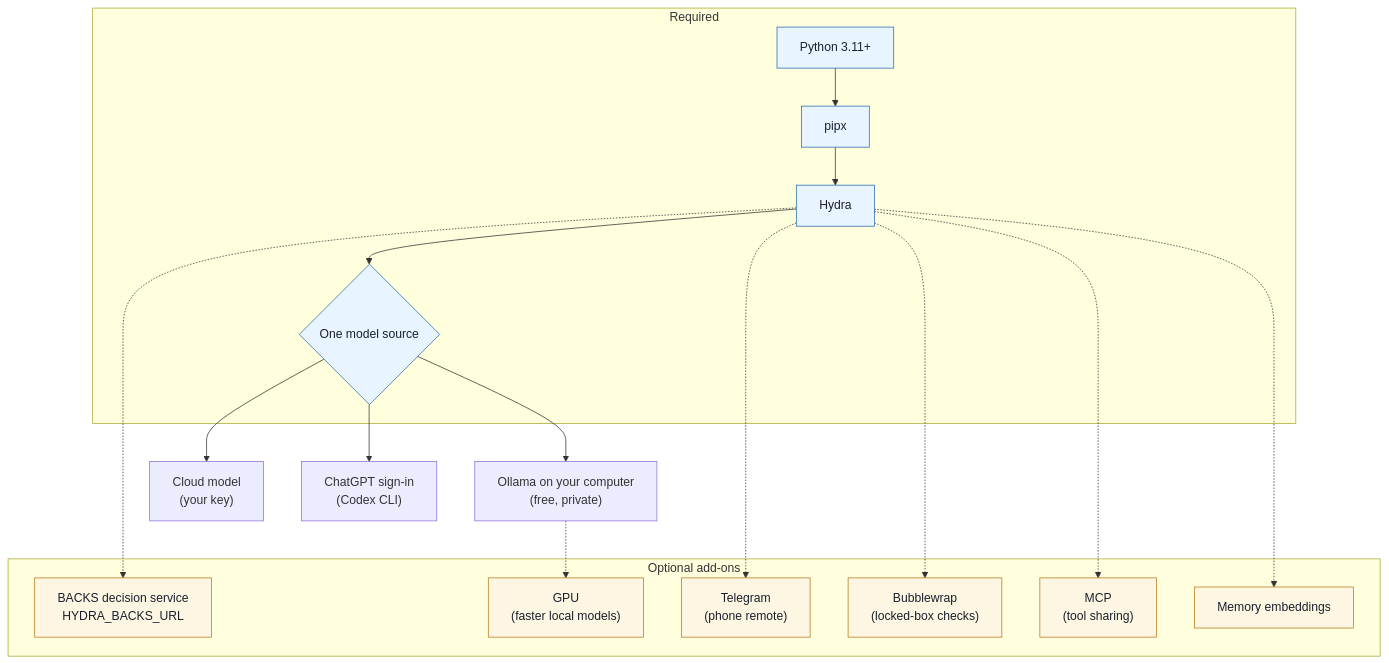
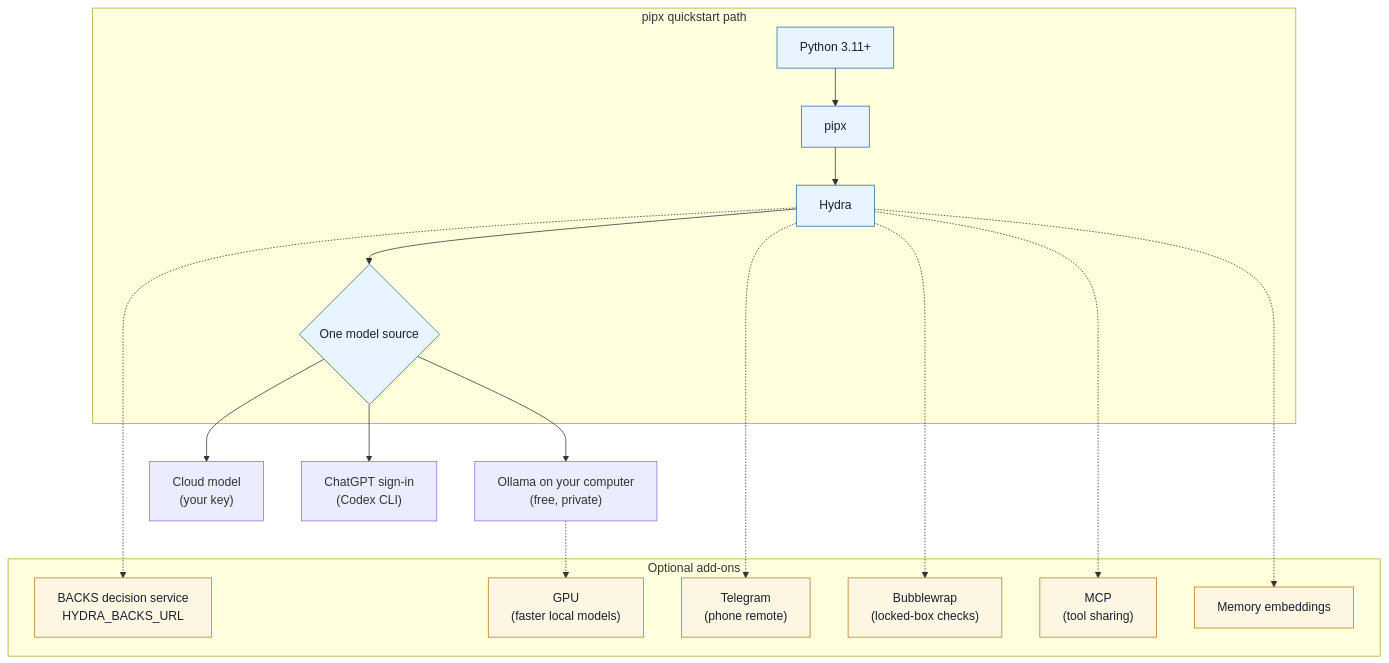
The second of 4 diagrams in docs/HOW_HYDRA_WORKS.md (Tcuzzo/HydraAgent_public), drawn with Mermaid before and after one commit. The commit also changed other lines of this file, not shown here.

````diff
--- a/docs/HOW_HYDRA_WORKS.md
+++ b/docs/HOW_HYDRA_WORKS.md
@@ -70,28 +72,28 @@
 ```mermaid
 flowchart TB
-    subgraph Required["Required"]
+    subgraph Required["pipx quickstart path"]
         Py["Python 3.11+"] --> Px["pipx"] --> H["Hydra"]
         H --> M{"One model source"}
     end
     M --> O["Ollama on your computer<br/>(free, private)"]
     M --> C["Cloud model<br/>(your key)"]
     M --> X["ChatGPT sign-in<br/>(Codex CLI)"]
     subgraph Optional["Optional add-ons"]
         B["BACKS decision service<br/>HYDRA_BACKS_URL"]
         G["GPU<br/>(faster local models)"]
         T["Telegram<br/>(phone remote)"]
         W["Bubblewrap<br/>(locked-box checks)"]
         P["MCP<br/>(tool sharing)"]
         E["Memory embeddings"]
     end
     H -.-> B
     O -.-> G
     H -.-> T
     H -.-> W
     H -.-> P
     H -.-> E
     classDef req fill:#e8f4ff,stroke:#2b6cb0,color:#1a202c;
     classDef opt fill:#fdf6e3,stroke:#b7791f,color:#1a202c;
     class Py,Px,H,M req;
     class B,G,T,W,P,E opt;
 ```
````
